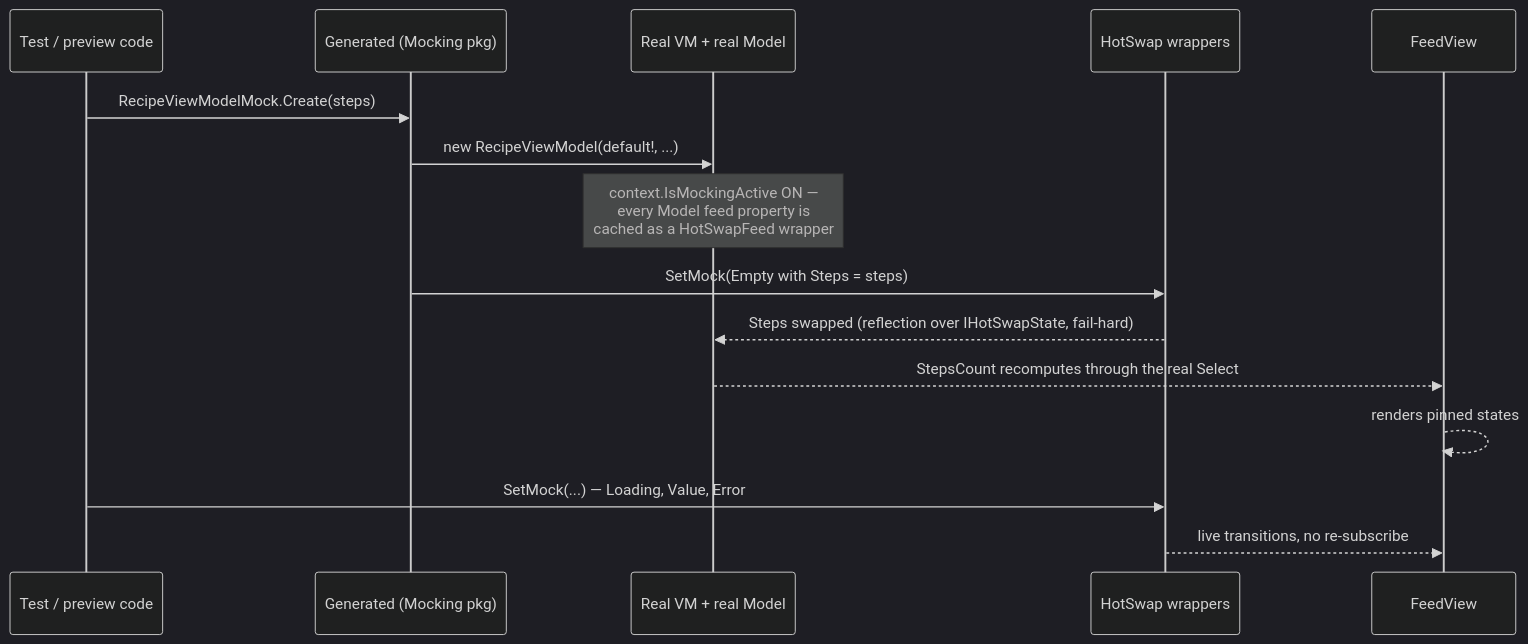
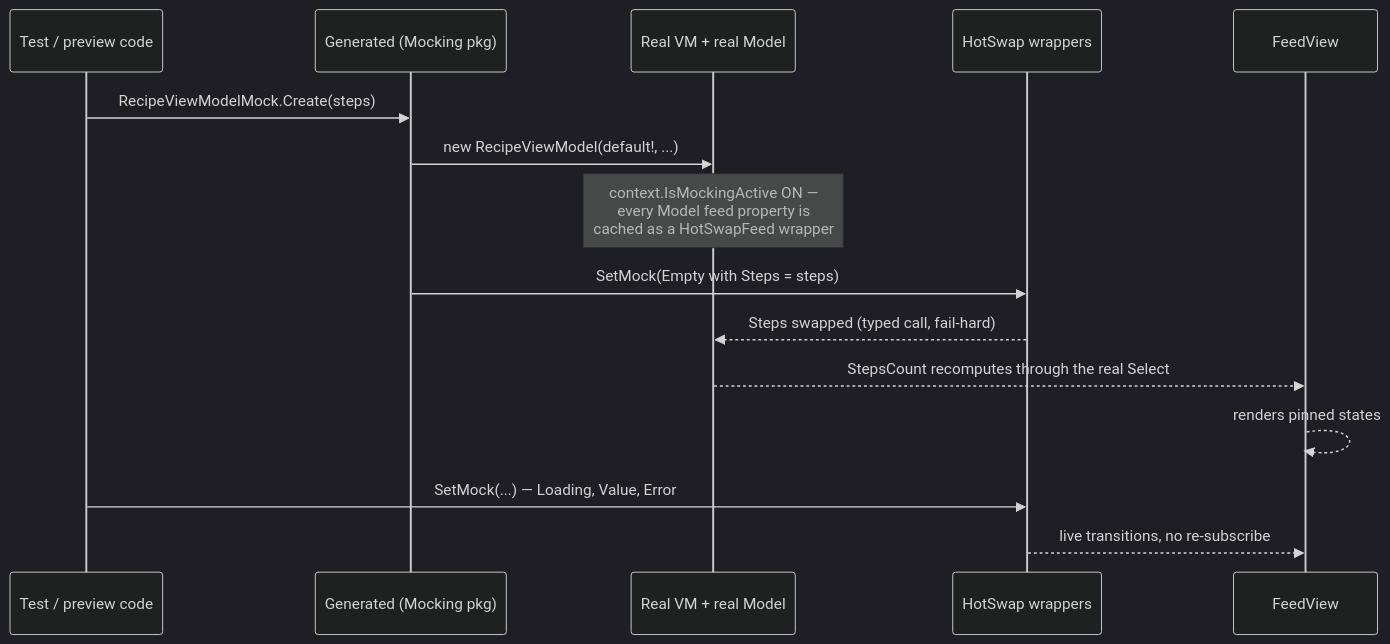
One commit to unoplatform/uno.extensions changed the fourth of 5 diagrams in specs/013-mvux-mocking-previews/spec.md. Above: the diagram before and after it, drawn with Mermaid (dark theme). The commit also changed other lines of this file and 3 other files, not shown here.

````diff
--- a/specs/013-mvux-mocking-previews/spec.md
+++ b/specs/013-mvux-mocking-previews/spec.md
@@ -112,18 +112,18 @@
 ```mermaid
 sequenceDiagram
     participant T as Test / preview code
     participant G as Generated (Mocking pkg)
     participant VM as Real VM + real Model
     participant W as HotSwap wrappers
     participant UI as FeedView
 
     T->>G: RecipeViewModelMock.Create(steps)
     G->>VM: new RecipeViewModel(default!, ...)
     Note over VM: context.IsMockingActive ON —<br/>every Model feed property is<br/>cached as a HotSwapFeed wrapper
     G->>W: SetMock(Empty with Steps = steps)
-    W-->>VM: Steps swapped (reflection over IHotSwapState, fail-hard)
+    W-->>VM: Steps swapped (typed call, fail-hard)
     VM-->>UI: StepsCount recomputes through the real Select
     UI-->>UI: renders pinned states
     T->>W: SetMock(...) — Loading, Value, Error
     W-->>UI: live transitions, no re-subscribe
 ```
````
